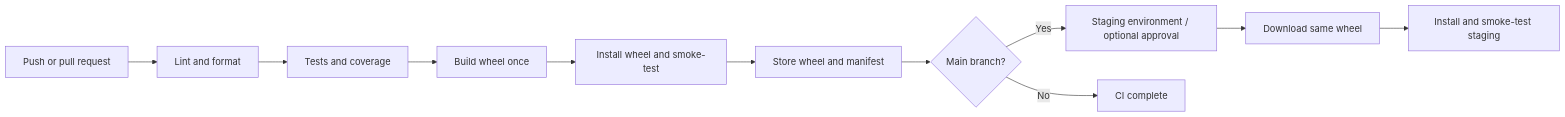
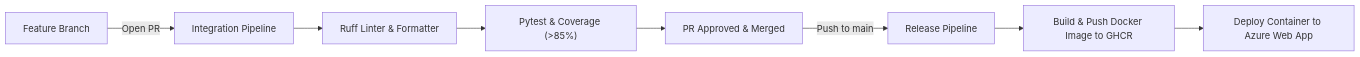
One commit to CMU-Garcia/cicd-test-pipeline changed the diagram in README.md. Above: the diagram before and after it, drawn with Mermaid. The commit also changed other lines of this file and 11 other files, not shown here.

````diff
--- a/README.md
+++ b/README.md
@@ -11,13 +15,10 @@
 ```mermaid
 flowchart LR
-    A[Push or pull request] --> B[Lint and format]
-    B --> C[Tests and coverage]
-    C --> D[Build wheel once]
-    D --> E[Install wheel and smoke-test]
-    E --> F[Store wheel and manifest]
-    F --> G{Main branch?}
-    G -->|Yes| H[Staging environment / optional approval]
-    H --> I[Download same wheel]
-    I --> J[Install and smoke-test staging]
-    G -->|No| K[CI complete]
+    A["Feature Branch"] -->|Open PR| B["Integration Pipeline"]
+    B --> C["Ruff Linter & Formatter"]
+    C --> D["Pytest & Coverage (>85%)"]
+    D --> E["PR Approved & Merged"]
+    E -->|Push to main| F["Release Pipeline"]
+    F --> G["Build & Push Docker Image to GHCR"]
+    G --> H["Deploy Container to Azure Web App"]
 ```
````
